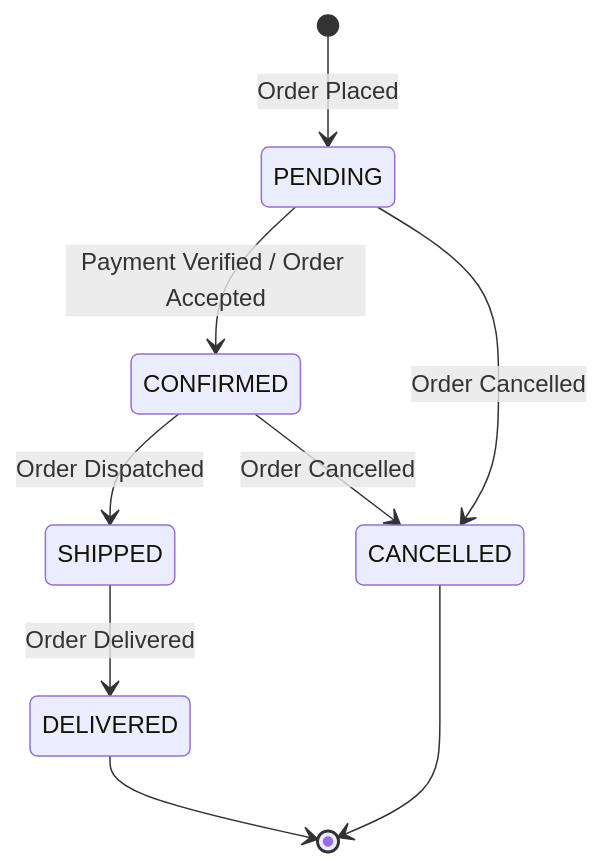
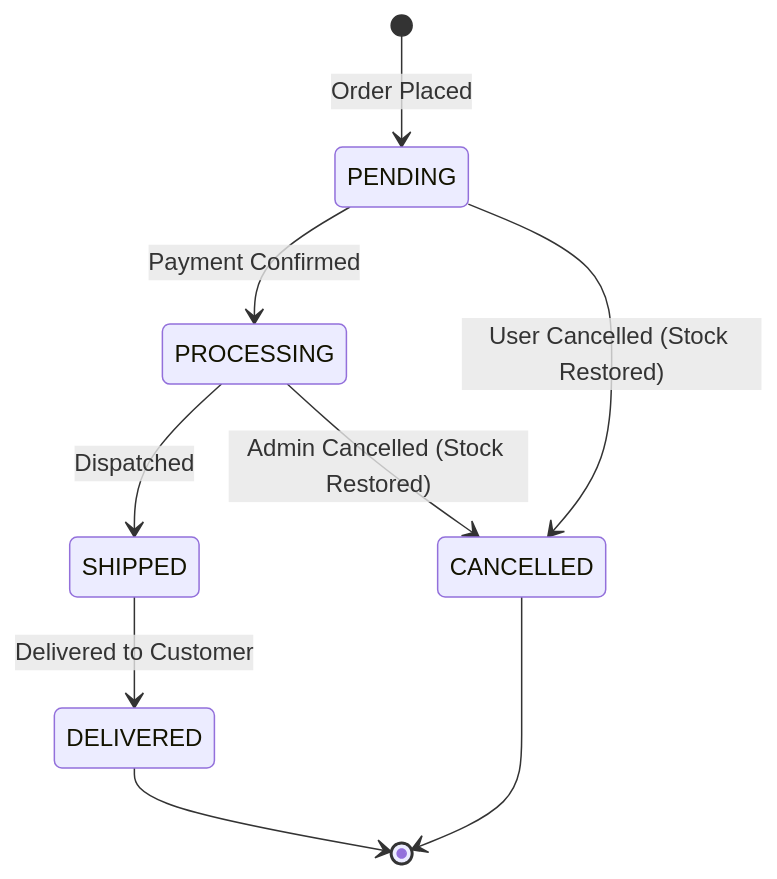
Before and after one commit to Amitgupta0001/amazon-scale-backend: the second of 2 diagrams in docs/Order.md, drawn with Mermaid. The commit also changed other lines of this file and 26 other files, not shown here.

Commit message:
docs: document project architecture, API, security, database, and modules

````diff
--- a/docs/Order.md
+++ b/docs/Order.md
@@ -213,11 +206,11 @@
 ```mermaid
 stateDiagram-v2
     [*] --> PENDING: Order Placed
-    PENDING --> CONFIRMED: Payment Verified / Order Accepted
-    PENDING --> CANCELLED: Order Cancelled
-    CONFIRMED --> SHIPPED: Order Dispatched
-    CONFIRMED --> CANCELLED: Order Cancelled
-    SHIPPED --> DELIVERED: Order Delivered
+    PENDING --> PROCESSING: Payment Confirmed
+    PROCESSING --> SHIPPED: Dispatched
+    SHIPPED --> DELIVERED: Delivered to Customer
+    PENDING --> CANCELLED: User Cancelled (Stock Restored)
+    PROCESSING --> CANCELLED: Admin Cancelled (Stock Restored)
     DELIVERED --> [*]
     CANCELLED --> [*]
 ```
````
